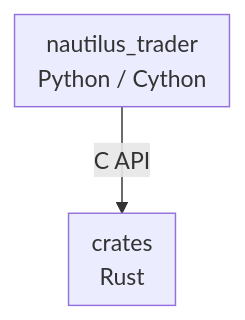
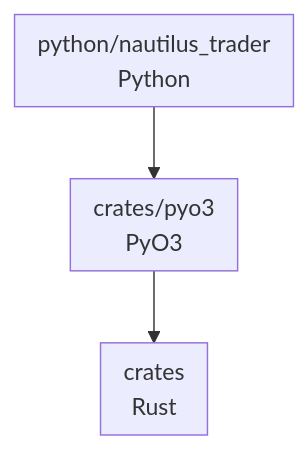
Before and after one commit to nautechsystems/nautilus_trader: the fifth of 6 diagrams in docs/concepts/architecture.md, drawn with Mermaid. The commit also changed other lines of this file and 70 other files, not shown here.

````diff
--- a/docs/concepts/architecture.md
+++ b/docs/concepts/architecture.md
@@ -565,10 +566,14 @@
 ```mermaid
 flowchart TB
-    subgraph trader["nautilus_trader<br/>Python / Cython"]
+    subgraph trader["python/nautilus_trader<br/>Python"]
+    end
+
+    subgraph bindings["crates/pyo3<br/>PyO3"]
     end
 
     subgraph core["crates<br/>Rust"]
     end
 
-    trader -->|"C API"| core
+    trader --> bindings
+    bindings --> core
 ```
````
